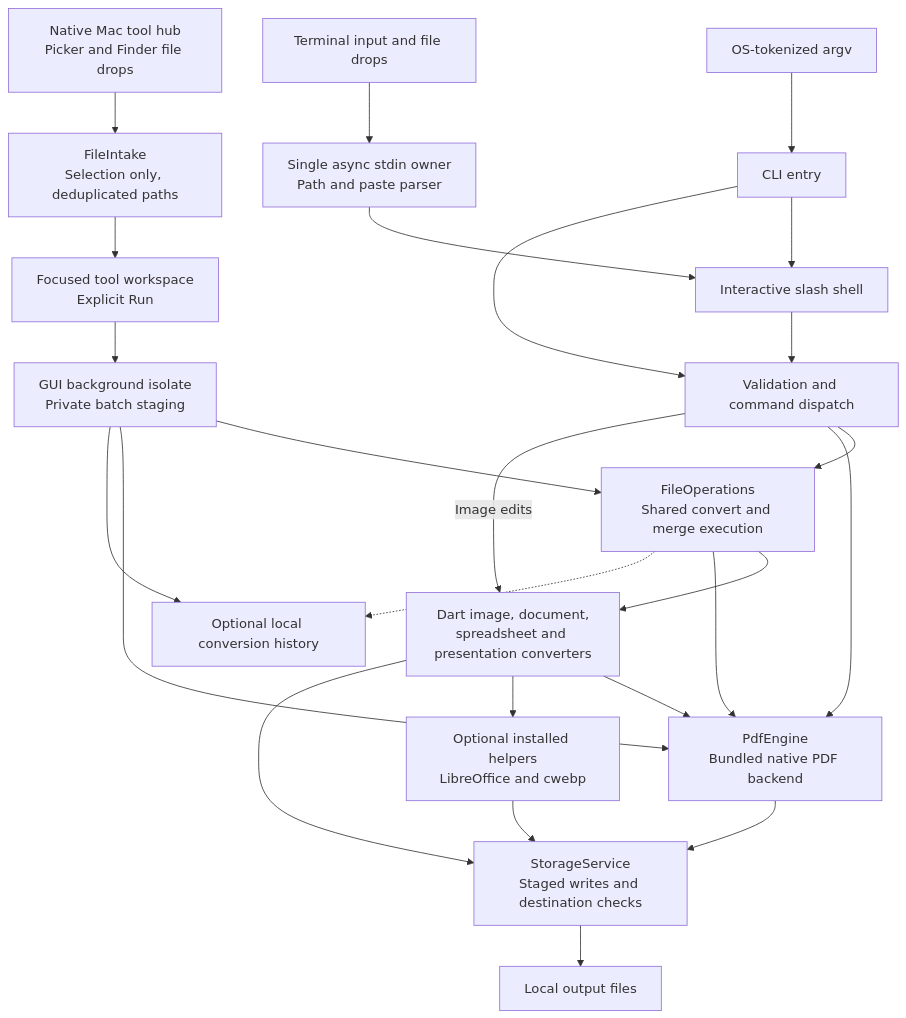
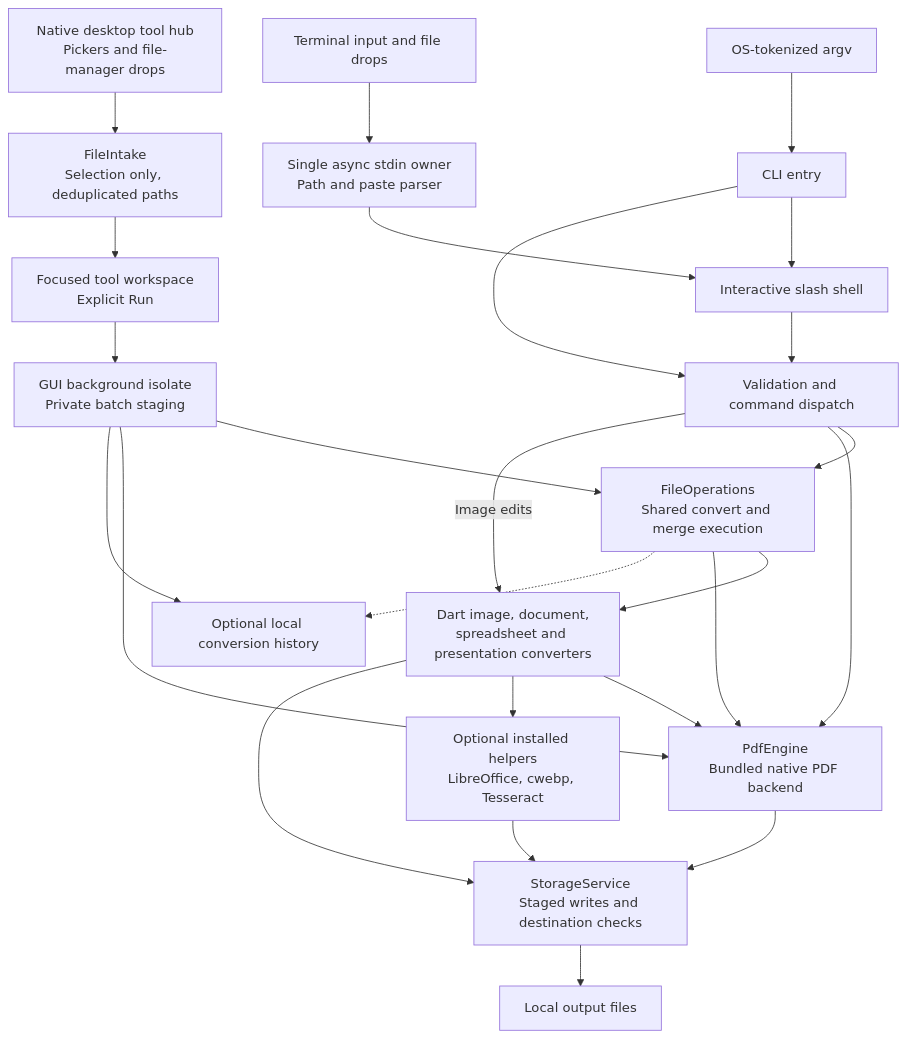
One commit to debugonaut/converto changed the diagram in README.md. Above: the diagram before and after it, drawn with Mermaid. The commit also changed other lines of this file and 74 other files, not shown here.

````diff
--- a/README.md
+++ b/README.md
@@ -229,27 +324,27 @@
 ```mermaid
 flowchart TD
-    App["Native Mac tool hub<br/>Picker and Finder file drops"] --> Intake["FileIntake<br/>Selection only, deduplicated paths"]
+    App["Native desktop tool hub<br/>Pickers and file-manager drops"] --> Intake["FileIntake<br/>Selection only, deduplicated paths"]
     Intake --> Workspace["Focused tool workspace<br/>Explicit Run"]
     Workspace --> Worker["GUI background isolate<br/>Private batch staging"]
     Worker --> Operations
     Worker --> PDF
     Worker --> History
     Argv["OS-tokenized argv"] --> Entry["CLI entry"]
     Terminal["Terminal input and file drops"] --> Input["Single async stdin owner<br/>Path and paste parser"]
     Entry --> Shell["Interactive slash shell"]
     Input --> Shell
     Entry --> Dispatch["Validation and command dispatch"]
     Shell --> Dispatch
     Dispatch --> Operations["FileOperations<br/>Shared convert and merge execution"]
     Dispatch --> PDF["PdfEngine<br/>Bundled native PDF backend"]
     Dispatch -->|Image edits| Converters
     Operations --> Converters["Dart image, document,<br/>spreadsheet and presentation converters"]
     Operations --> PDF
     Converters --> PDF
-    Converters --> Helpers["Optional installed helpers<br/>LibreOffice and cwebp"]
+    Converters --> Helpers["Optional installed helpers<br/>LibreOffice, cwebp, Tesseract"]
     Converters --> Storage["StorageService<br/>Staged writes and destination checks"]
     PDF --> Storage
     Helpers --> Storage
     Storage --> Output["Local output files"]
     Operations -.-> History["Optional local conversion history"]
 ```
````
